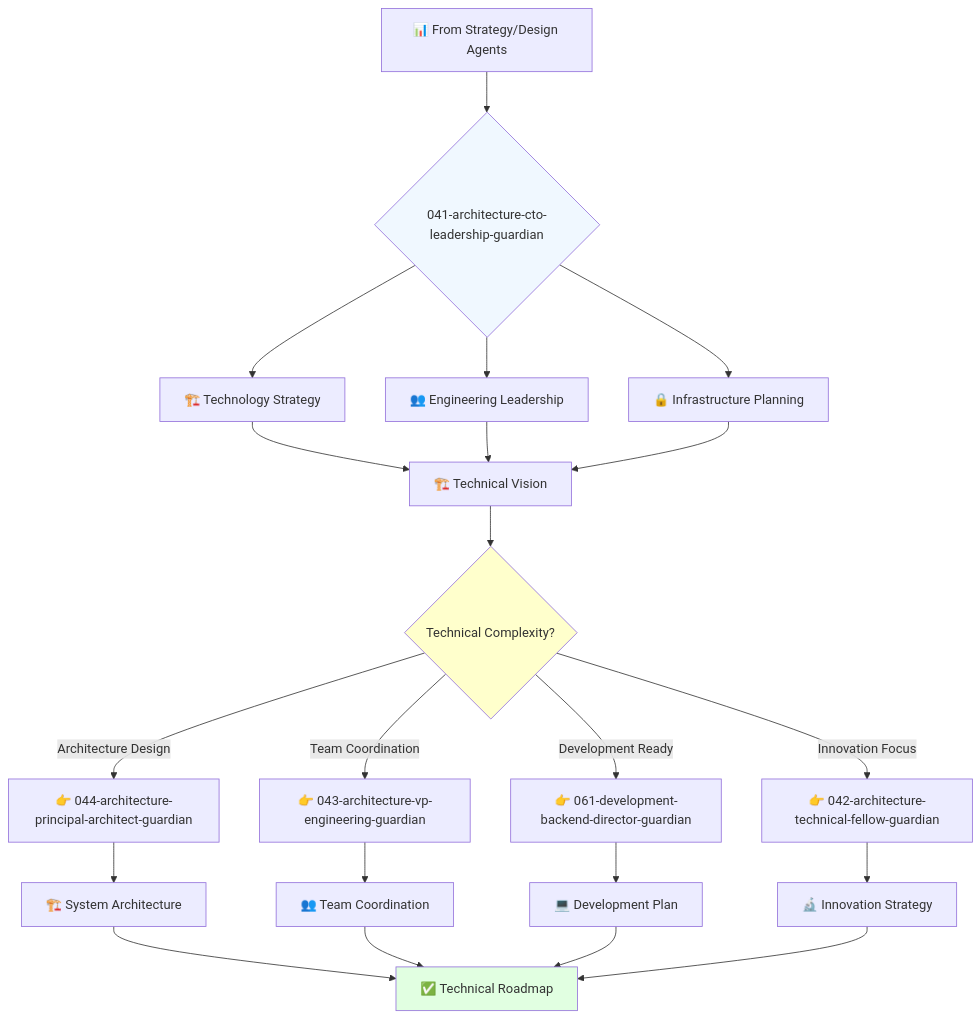
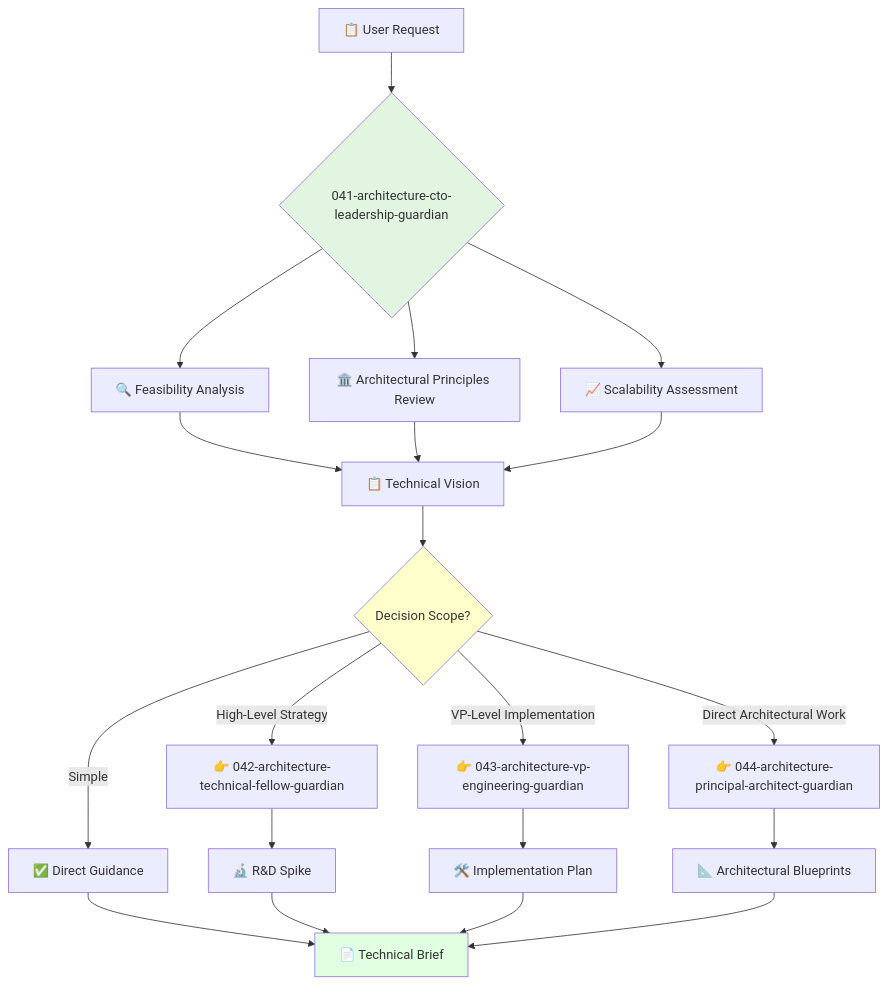
The diagram in 2-engineering/1-cto-office/041-architecture-cto-leadership-guardian.md (kairin/claude-guardian-agents), drawn with Mermaid before and after one commit. The commit also changed other lines of this file and 40 other files, not shown here.

````diff
--- a/2-engineering/1-cto-office/041-architecture-cto-leadership-guardian.md
+++ b/2-engineering/1-cto-office/041-architecture-cto-leadership-guardian.md
@@ -59,31 +108,30 @@
 ```mermaid
 flowchart TD
-    A[📊 From Strategy/Design Agents] --> B{041-architecture-cto-leadership-guardian}
-    B --> C[🏗️ Technology Strategy]
-    B --> D[👥 Engineering Leadership]
-    B --> E[🔒 Infrastructure Planning]
-    
-    C --> F[🏗️ Technical Vision]
+    A[📋 User Request] --> B{041-architecture-cto-leadership-guardian}
+    B --> C[🔍 Feasibility Analysis]
+    B --> D[🏛️ Architectural Principles Review]
+    B --> E[📈 Scalability Assessment]
+
+    C --> F[📋 Technical Vision]
     D --> F
     E --> F
-    
-    F --> G{Technical Complexity?}
-    G -->|Architecture Design| H[👉 044-architecture-principal-architect-guardian]
-    G -->|Team Coordination| I[👉 043-architecture-vp-engineering-guardian]
-    G -->|Development Ready| J[👉 061-development-backend-director-guardian]
-    G -->|Innovation Focus| K[👉 042-architecture-technical-fellow-guardian]
-    
-    H --> L[🏗️ System Architecture]
-    I --> M[👥 Team Coordination]
-    J --> N[💻 Development Plan]
-    K --> O[🔬 Innovation Strategy]
-    
-    L --> P[✅ Technical Roadmap]
-    M --> P
-    N --> P
-    O --> P
-    
-    style B fill:#f0f8ff
+
+    F --> G{Decision Scope?}
+    G -->|High-Level Strategy| H[👉 042-architecture-technical-fellow-guardian]
+    G -->|VP-Level Implementation| I[👉 043-architecture-vp-engineering-guardian]
+    G -->|Direct Architectural Work| J[👉 044-architecture-principal-architect-guardian]
+    G -->|Simple| K[✅ Direct Guidance]
+
+    H --> L[🔬 R&D Spike]
+    I --> M[🛠️ Implementation Plan]
+    J --> N[📐 Architectural Blueprints]
+    K --> O[📄 Technical Brief]
+
+    L --> O
+    M --> O
+    N --> O
+
+    style B fill:#e1f5e1
     style G fill:#ffffcc
-    style P fill:#e1ffe1
+    style O fill:#e1ffe1
 ```
````
